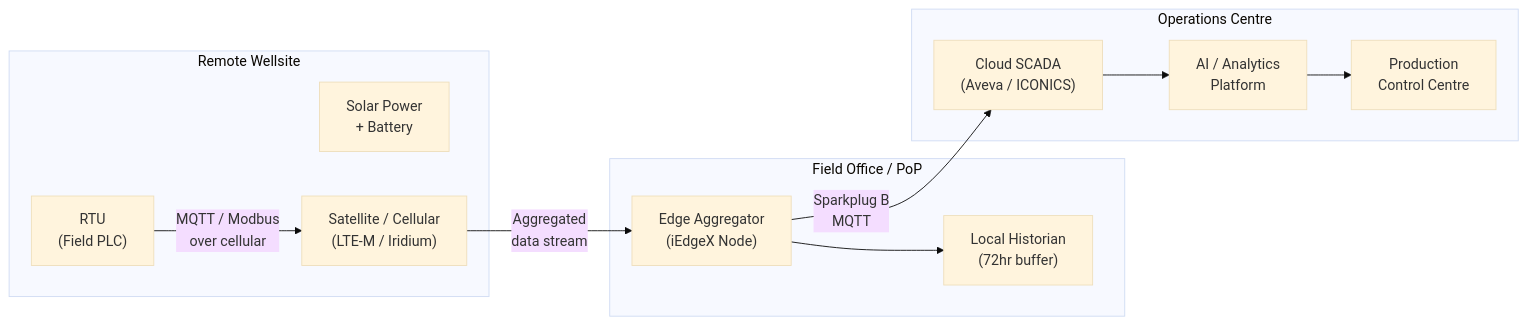
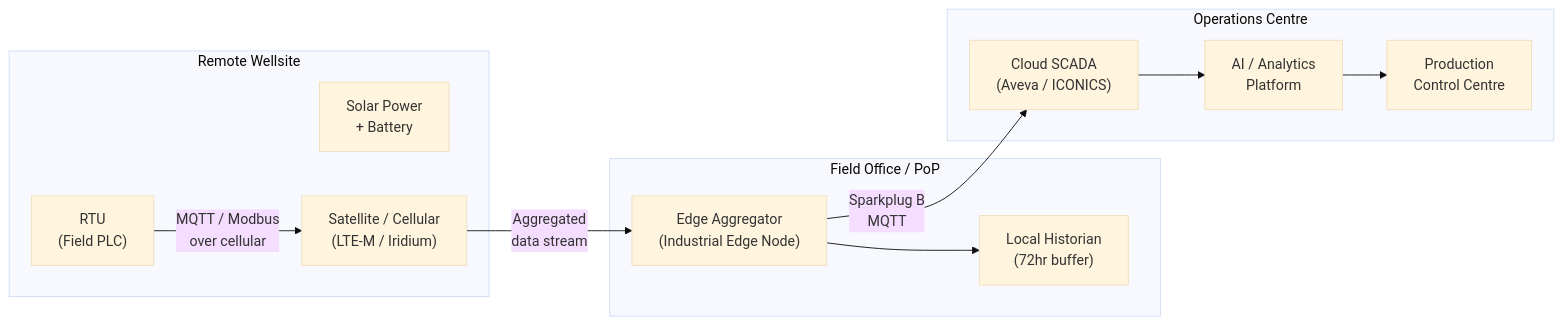
The fifth of 5 diagrams in Industrial-AI-Data-Backbone/examples/oil-gas-use-cases.md (dakhasuresh/Industrial-AI-Data-Backbone), drawn with Mermaid (base theme) before and after one commit. The commit also changed other lines of this file and 8 other files, not shown here.

Commit message:
Remove all iEdgeX references — replace with generic architecture terminology

````diff
--- a/Industrial-AI-Data-Backbone/examples/oil-gas-use-cases.md
+++ b/Industrial-AI-Data-Backbone/examples/oil-gas-use-cases.md
@@ -229,26 +229,26 @@
 ```mermaid
 graph LR
     subgraph WELLSITE["Remote Wellsite"]
         RTU["RTU\n(Field PLC)"]
         SOLAR["Solar Power\n+ Battery"]
         SATELLITE["Satellite / Cellular\n(LTE-M / Iridium)"]
     end
 
     subgraph FIELD_OFFICE["Field Office / PoP"]
-        EDGE_AGG["Edge Aggregator\n(iEdgeX Node)"]
+        EDGE_AGG["Edge Aggregator\n(Industrial Edge Node)"]
         LOCAL_HIST["Local Historian\n(72hr buffer)"]
     end
 
     subgraph CLOUD["Operations Centre"]
         SCADA_CLOUD["Cloud SCADA\n(Aveva / ICONICS)"]
         AI_PLATFORM["AI / Analytics\nPlatform"]
         PROD_CONTROL["Production\nControl Centre"]
     end
 
     RTU -->|"MQTT / Modbus\nover cellular"| SATELLITE
     SATELLITE -->|"Aggregated\ndata stream"| EDGE_AGG
     EDGE_AGG --> LOCAL_HIST
     EDGE_AGG -->|"Sparkplug B\nMQTT"| SCADA_CLOUD
     SCADA_CLOUD --> AI_PLATFORM
     AI_PLATFORM --> PROD_CONTROL
 ```
````
